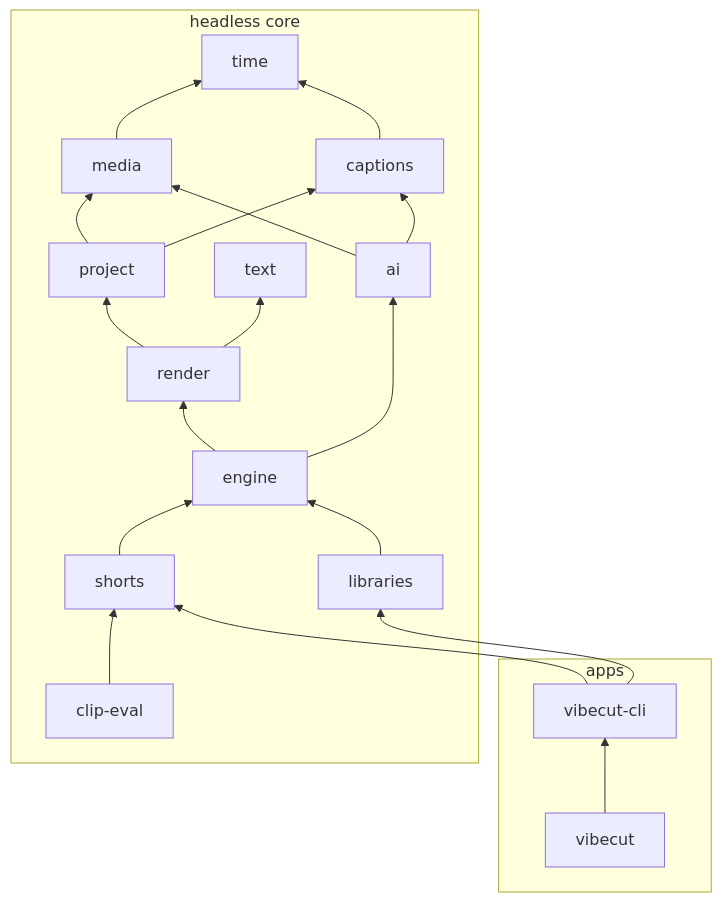
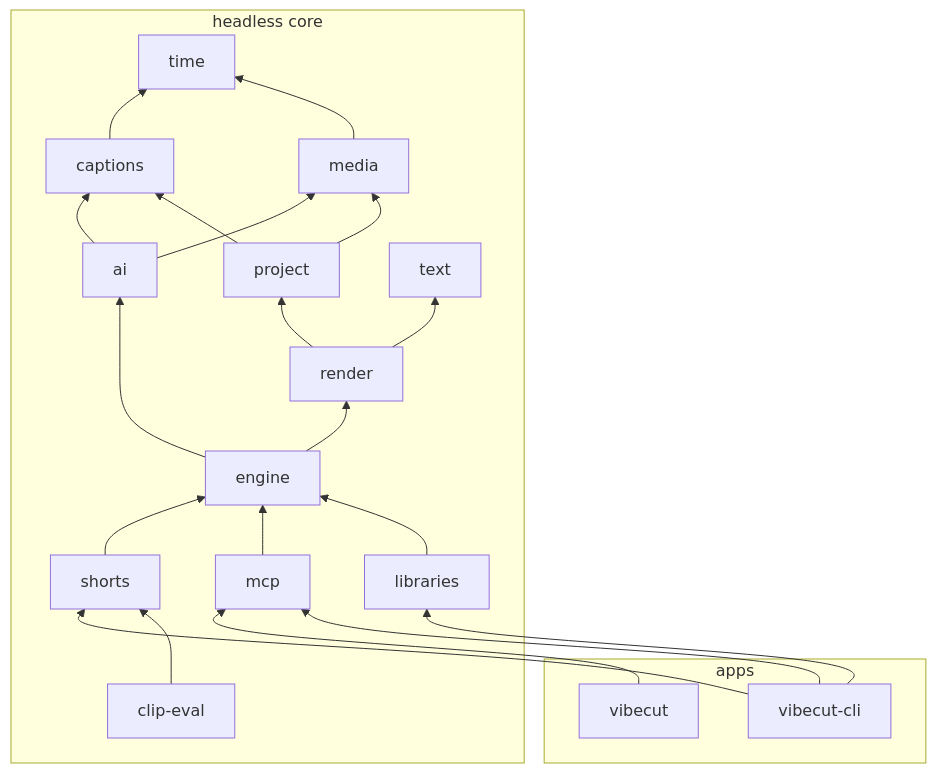
The first of 2 diagrams in docs/engineering/architecture.md (canhta/vibecut), drawn with Mermaid before and after one commit. The commit also changed other lines of this file and 31 other files, not shown here.

````diff
--- a/docs/engineering/architecture.md
+++ b/docs/engineering/architecture.md
@@ -28,25 +29,27 @@
 ```mermaid
 flowchart BT
   media --> time
   captions --> time
   project --> media
   project --> captions
   ai --> media
   ai --> captions
   render --> project
   render --> text
   engine --> render
   engine --> ai
   libraries --> engine
+  mcp --> engine
   shorts --> engine
   eval[clip-eval] --> shorts
   cli[vibecut-cli] --> shorts
   cli --> libraries
-  app[vibecut] --> cli
+  cli --> mcp
+  app[vibecut] --> mcp
   subgraph apps
     cli; app
   end
   subgraph core[headless core]
-    time; text; media; captions; project; ai; render; engine; libraries; shorts; eval
+    time; text; media; captions; project; ai; render; engine; mcp; libraries; shorts; eval
   end
 ```
````
